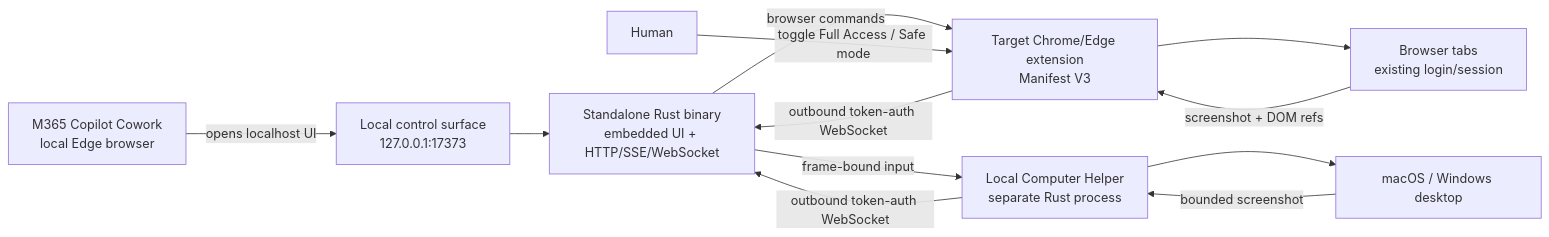
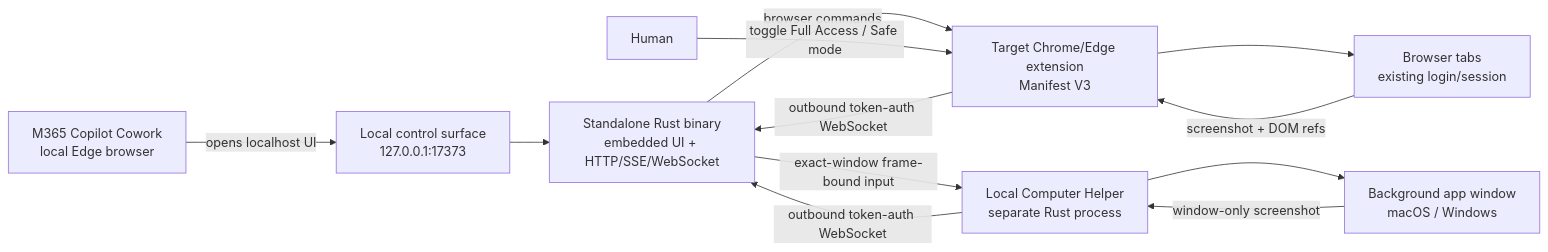
One commit to flrngel/local-browser-bridge changed the diagram in README.md. Above: the diagram before and after it, drawn with Mermaid. The commit also changed other lines of this file and 20 other files, not shown here.

````diff
--- a/README.md
+++ b/README.md
@@ -31,14 +32,14 @@
 ```mermaid
 flowchart LR
   A["M365 Copilot Cowork<br/>local Edge browser"] -->|"opens localhost UI"| B["Local control surface<br/>127.0.0.1:17373"]
   B --> C["Standalone Rust binary<br/>embedded UI + HTTP/SSE/WebSocket"]
   D["Target Chrome/Edge extension<br/>Manifest V3"] -->|"outbound token-auth WebSocket"| C
   C -->|"browser commands"| D
   D --> E["Browser tabs<br/>existing login/session"]
   E -->|"screenshot + DOM refs"| D
   G["Local Computer Helper<br/>separate Rust process"] -->|"outbound token-auth WebSocket"| C
-  C -->|"frame-bound input"| G
-  G --> H["macOS / Windows desktop"]
-  H -->|"bounded screenshot"| G
+  C -->|"exact-window frame-bound input"| G
+  G --> H["Background app window<br/>macOS / Windows"]
+  H -->|"window-only screenshot"| G
   F["Human"] -->|"toggle Full Access / Safe mode"| D
 ```
````
